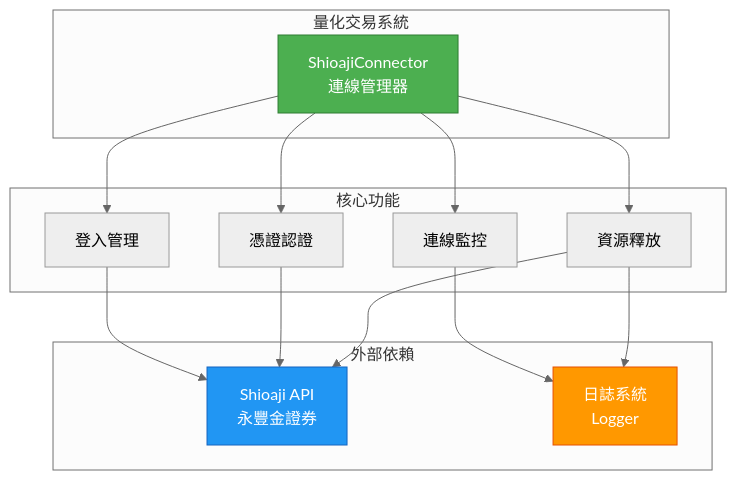
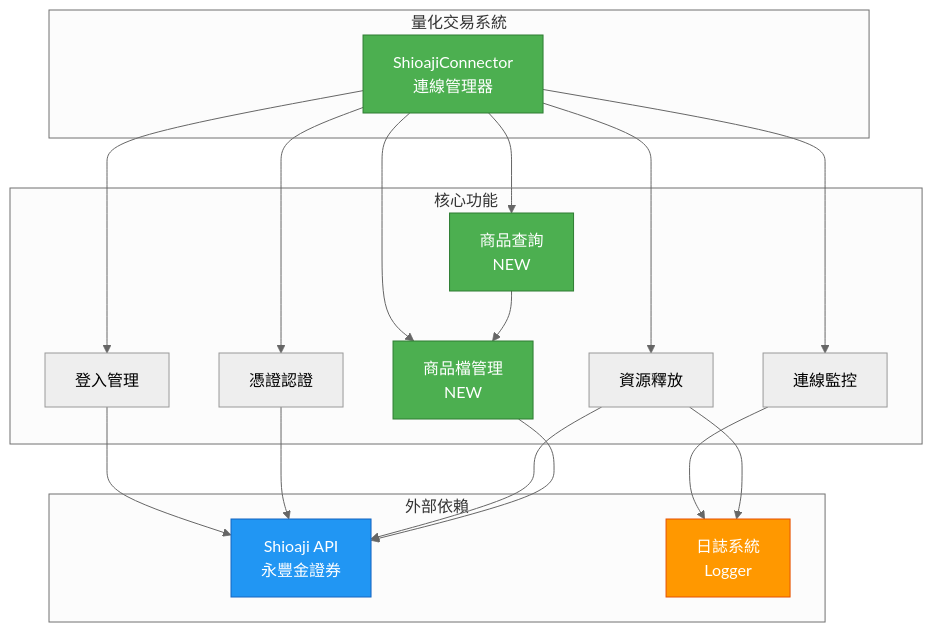
One commit to wu02067602/sample-trading changed the fourth of 8 diagrams in 類別圖.md. Above: the diagram before and after it, drawn with Mermaid (neutral theme). The commit also changed other lines of this file and 3 other files, not shown here.

````diff
--- a/類別圖.md
+++ b/類別圖.md
@@ -127,33 +162,41 @@
 ```mermaid
 graph TB
     subgraph 量化交易系統
         A[ShioajiConnector<br/>連線管理器]
     end
     
     subgraph 核心功能
         B[登入管理]
         C[憑證認證]
         D[連線監控]
         E[資源釋放]
+        H[商品檔管理<br/>NEW]
+        I[商品查詢<br/>NEW]
     end
     
     subgraph 外部依賴
         F[Shioaji API<br/>永豐金證券]
         G[日誌系統<br/>Logger]
     end
     
     A --> B
     A --> C
     A --> D
     A --> E
+    A --> H
+    A --> I
     
     B --> F
     C --> F
     D --> G
     E --> F
     E --> G
+    H --> F
+    I --> H
     
     style A fill:#4CAF50,stroke:#2E7D32,color:#fff
     style F fill:#2196F3,stroke:#1565C0,color:#fff
     style G fill:#FF9800,stroke:#E65100,color:#fff
+    style H fill:#4CAF50,stroke:#2E7D32,color:#fff
+    style I fill:#4CAF50,stroke:#2E7D32,color:#fff
 ```
````
